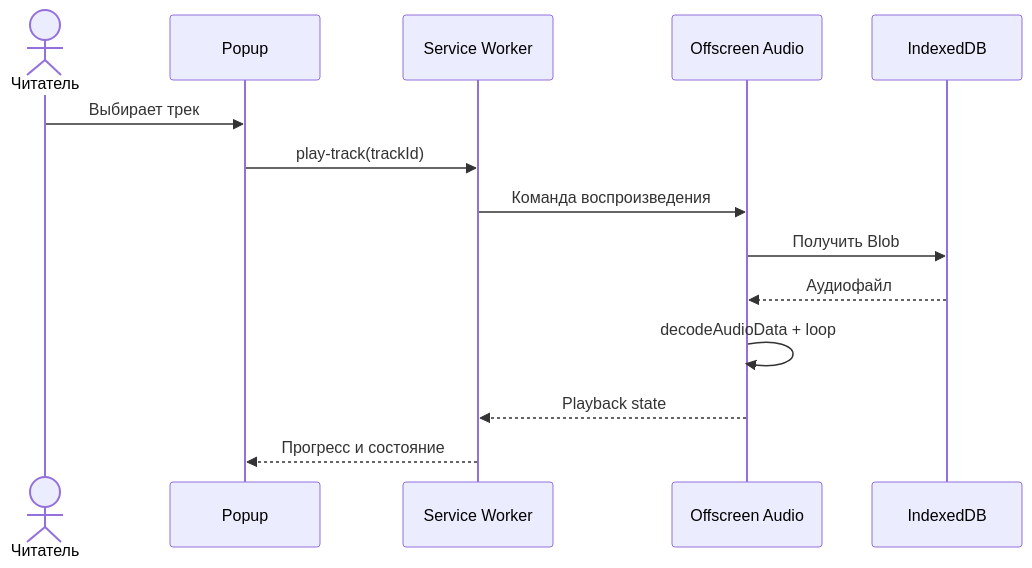
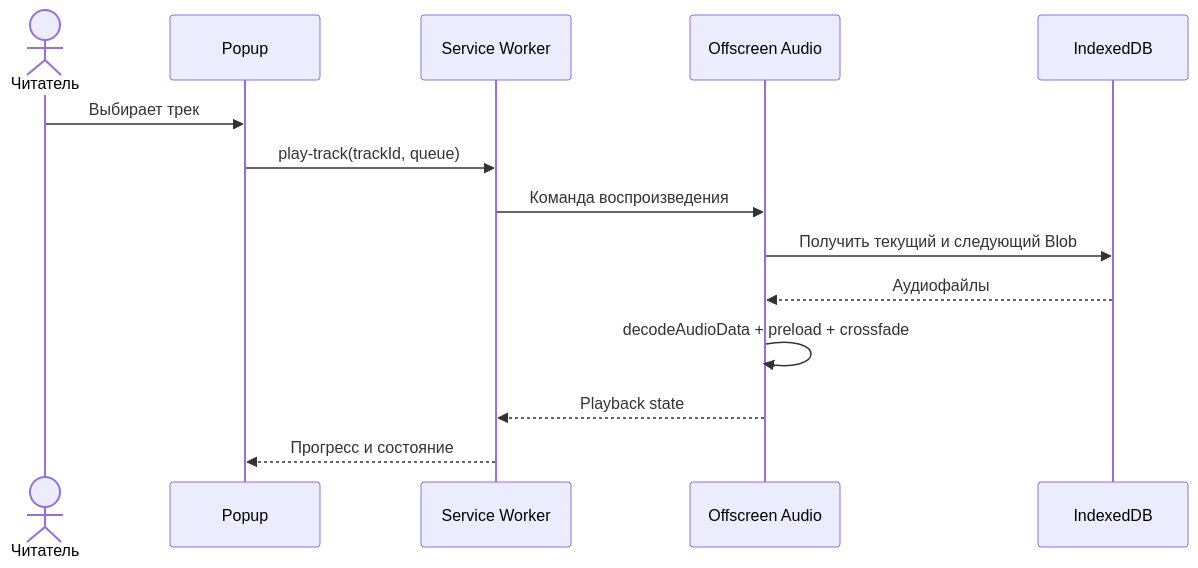
One commit to BigVovaRUU/music changed the second of 2 diagrams in README.md. Above: the diagram before and after it, drawn with Mermaid. The commit also changed other lines of this file and 3 other files, not shown here.

````diff
--- a/README.md
+++ b/README.md
@@ -110,17 +117,17 @@
 ```mermaid
 sequenceDiagram
     actor Reader as Читатель
     participant Popup as Popup
     participant Worker as Service Worker
     participant Audio as Offscreen Audio
     participant DB as IndexedDB
 
     Reader->>Popup: Выбирает трек
-    Popup->>Worker: play-track(trackId)
+    Popup->>Worker: play-track(trackId, queue)
     Worker->>Audio: Команда воспроизведения
-    Audio->>DB: Получить Blob
-    DB-->>Audio: Аудиофайл
-    Audio->>Audio: decodeAudioData + loop
+    Audio->>DB: Получить текущий и следующий Blob
+    DB-->>Audio: Аудиофайлы
+    Audio->>Audio: decodeAudioData + preload + crossfade
     Audio-->>Worker: Playback state
     Worker-->>Popup: Прогресс и состояние
 ```
````
